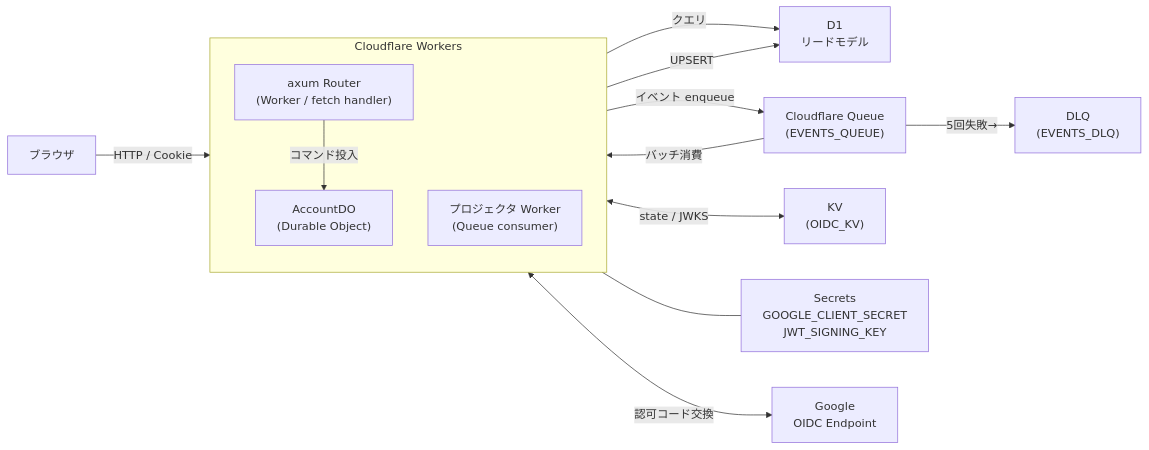
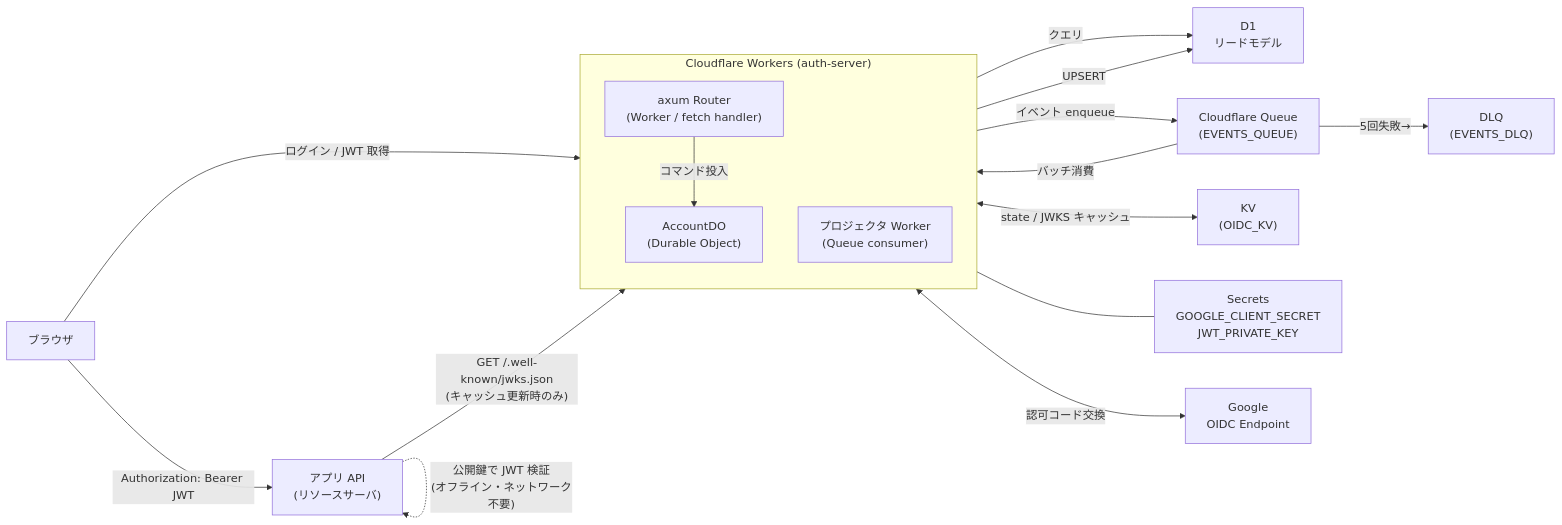
The first of 2 diagrams in auth-server/docs/design.md (takaya-ishiyama/accounts), drawn with Mermaid before and after one commit. The commit also changed other lines of this file, not shown here.

````diff
--- a/auth-server/docs/design.md
+++ b/auth-server/docs/design.md
@@ -60,29 +76,33 @@
 ```mermaid
 flowchart LR
     Browser["ブラウザ"]
+    AppAPI["アプリ API\n(リソースサーバ)"]
 
-    subgraph CF["Cloudflare Workers"]
+    subgraph CF["Cloudflare Workers (auth-server)"]
         direction TB
         Router["axum Router\n(Worker / fetch handler)"]
         AccountDO["AccountDO\n(Durable Object)"]
         Projector["プロジェクタ Worker\n(Queue consumer)"]
     end
 
     D1["D1\nリードモデル"]
     Queue["Cloudflare Queue\n(EVENTS_QUEUE)"]
     DLQ["DLQ\n(EVENTS_DLQ)"]
     KV["KV\n(OIDC_KV)"]
-    Secrets["Secrets\nGOOGLE_CLIENT_SECRET\nJWT_SIGNING_KEY"]
+    Secrets["Secrets\nGOOGLE_CLIENT_SECRET\nJWT_PRIVATE_KEY"]
     Google["Google\nOIDC Endpoint"]
 
-    Browser -->|"HTTP / Cookie"| Router
+    Browser -->|"ログイン / JWT 取得"| Router
+    Browser -->|"Authorization: Bearer JWT"| AppAPI
+    AppAPI -->|"GET /.well-known/jwks.json\n(キャッシュ更新時のみ)"| Router
+    AppAPI -.->|"公開鍵で JWT 検証\n(オフライン・ネットワーク不要)"| AppAPI
     Router -->|"コマンド投入"| AccountDO
     Router -->|"クエリ"| D1
-    Router <-->|"state / JWKS"| KV
+    Router <-->|"state / JWKS キャッシュ"| KV
     Router <-->|"認可コード交換"| Google
     AccountDO -->|"イベント enqueue"| Queue
     Queue -->|"バッチ消費"| Projector
     Projector -->|"UPSERT"| D1
     Queue -->|"5回失敗→"| DLQ
     Router --- Secrets
 ```
````
